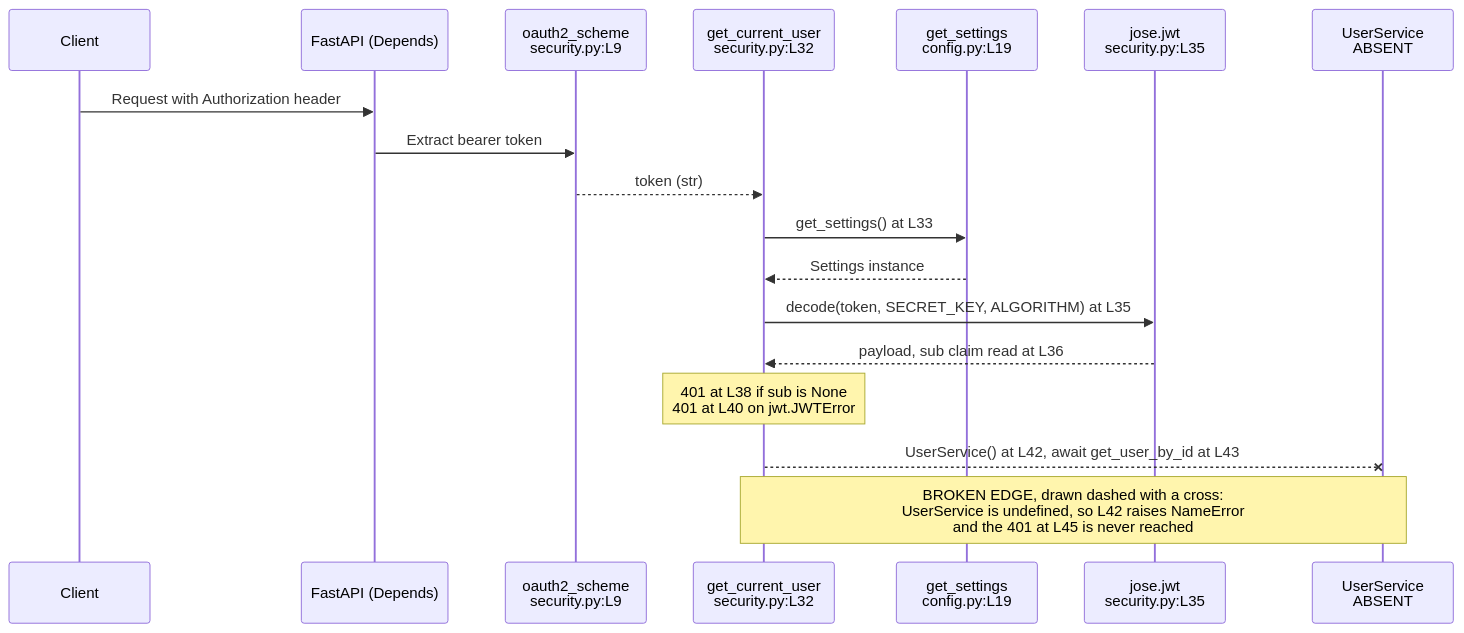
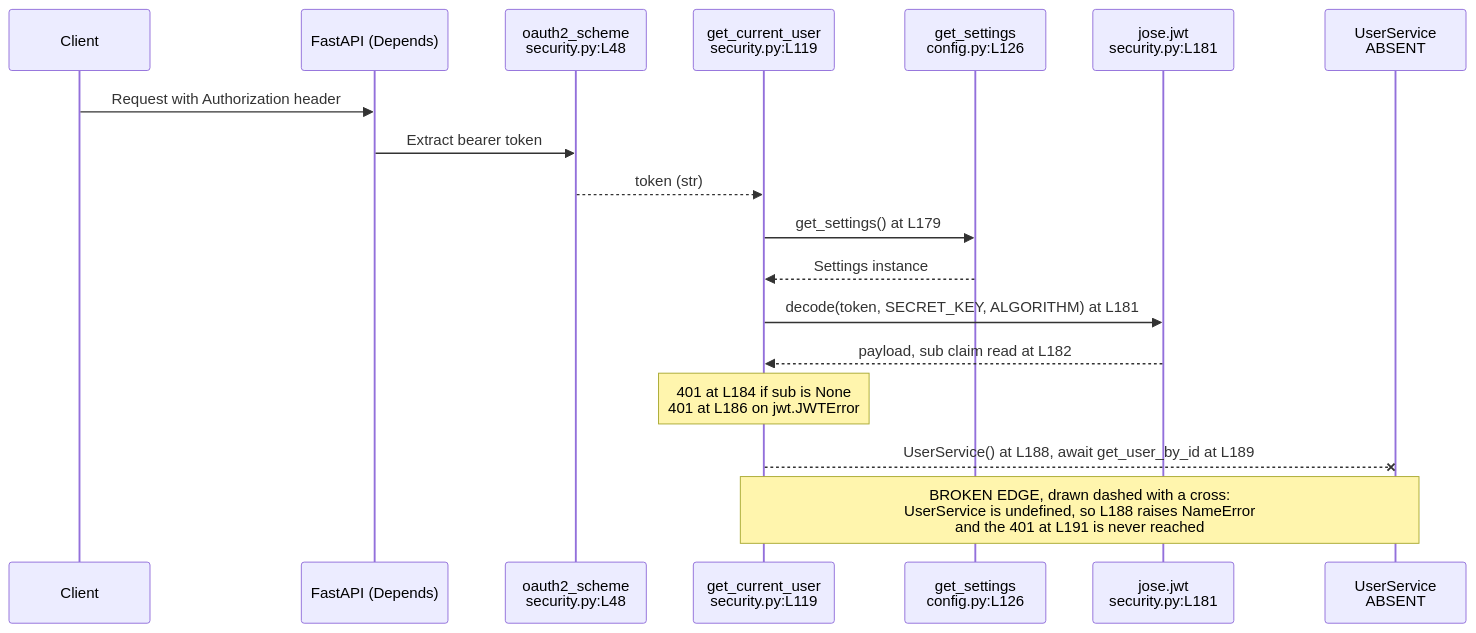
One commit to blitzy-public-samples/microsoft-word-u33ko0 changed the diagram in backend/app/core/README.md. Above: the diagram before and after it, drawn with Mermaid. The commit also changed other lines of this file and 53 other files, not shown here.

````diff
--- a/backend/app/core/README.md
+++ b/backend/app/core/README.md
@@ -178,21 +201,21 @@
 ```mermaid
 sequenceDiagram
     participant Client
     participant FastAPI as FastAPI (Depends)
-    participant Scheme as oauth2_scheme<br/>security.py:L9
-    participant GCU as get_current_user<br/>security.py:L32
-    participant Cfg as get_settings<br/>config.py:L19
-    participant JWT as jose.jwt<br/>security.py:L35
+    participant Scheme as oauth2_scheme<br/>security.py:L48
+    participant GCU as get_current_user<br/>security.py:L119
+    participant Cfg as get_settings<br/>config.py:L126
+    participant JWT as jose.jwt<br/>security.py:L181
     participant US as UserService<br/>ABSENT
 
     Client->>FastAPI: Request with Authorization header
     FastAPI->>Scheme: Extract bearer token
     Scheme-->>GCU: token (str)
-    GCU->>Cfg: get_settings() at L33
+    GCU->>Cfg: get_settings() at L179
     Cfg-->>GCU: Settings instance
-    GCU->>JWT: decode(token, SECRET_KEY, ALGORITHM) at L35
-    JWT-->>GCU: payload, sub claim read at L36
-    Note over GCU: 401 at L38 if sub is None<br/>401 at L40 on jwt.JWTError
-    GCU--xUS: UserService() at L42, await get_user_by_id at L43
-    Note over GCU,US: BROKEN EDGE, drawn dashed with a cross:<br/>UserService is undefined, so L42 raises NameError<br/>and the 401 at L45 is never reached
+    GCU->>JWT: decode(token, SECRET_KEY, ALGORITHM) at L181
+    JWT-->>GCU: payload, sub claim read at L182
+    Note over GCU: 401 at L184 if sub is None<br/>401 at L186 on jwt.JWTError
+    GCU--xUS: UserService() at L188, await get_user_by_id at L189
+    Note over GCU,US: BROKEN EDGE, drawn dashed with a cross:<br/>UserService is undefined, so L188 raises NameError<br/>and the 401 at L191 is never reached
 ```
````
